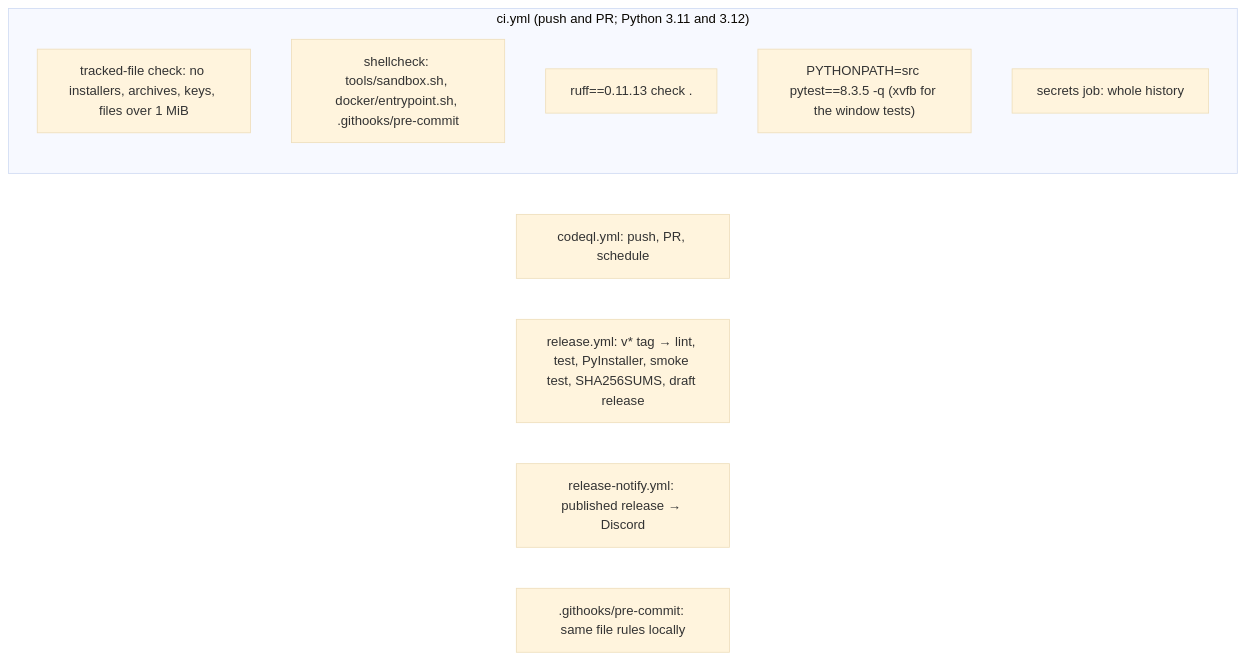
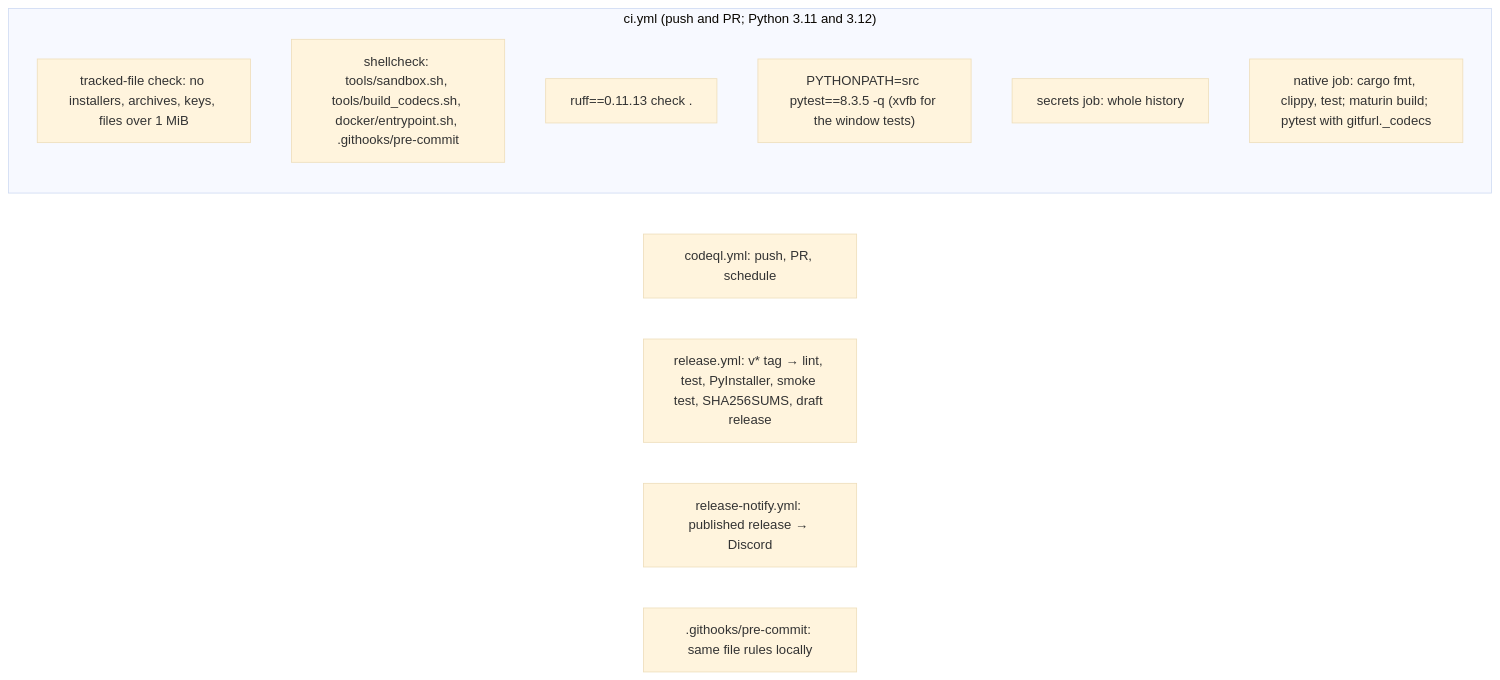
One commit to undecuple/gitfurl changed the sixth of 6 diagrams in docs/code-map.md. Above: the diagram before and after it, drawn with Mermaid (base theme). The commit also changed other lines of this file and 35 other files, not shown here.

````diff
--- a/docs/code-map.md
+++ b/docs/code-map.md
@@ -197,14 +197,15 @@
 ```mermaid
 flowchart LR
   subgraph ci["ci.yml (push and PR; Python 3.11 and 3.12)"]
     c1["tracked-file check: no installers, archives, keys, files over 1 MiB"]
-    c2["shellcheck: tools/sandbox.sh, docker/entrypoint.sh, .githooks/pre-commit"]
+    c2["shellcheck: tools/sandbox.sh, tools/build_codecs.sh, docker/entrypoint.sh, .githooks/pre-commit"]
     c3["ruff==0.11.13 check ."]
     c4["PYTHONPATH=src pytest==8.3.5 -q (xvfb for the window tests)"]
     c5["secrets job: whole history"]
+    c6["native job: cargo fmt, clippy, test; maturin build; pytest with gitfurl._codecs"]
   end
   codeql["codeql.yml: push, PR, schedule"]
   rel["release.yml: v* tag → lint, test, PyInstaller, smoke test, SHA256SUMS, draft release"]
   notify["release-notify.yml: published release → Discord"]
   hook[".githooks/pre-commit: same file rules locally"]
 ```
````
